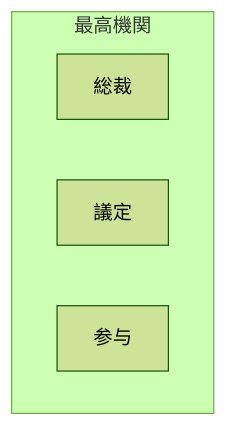
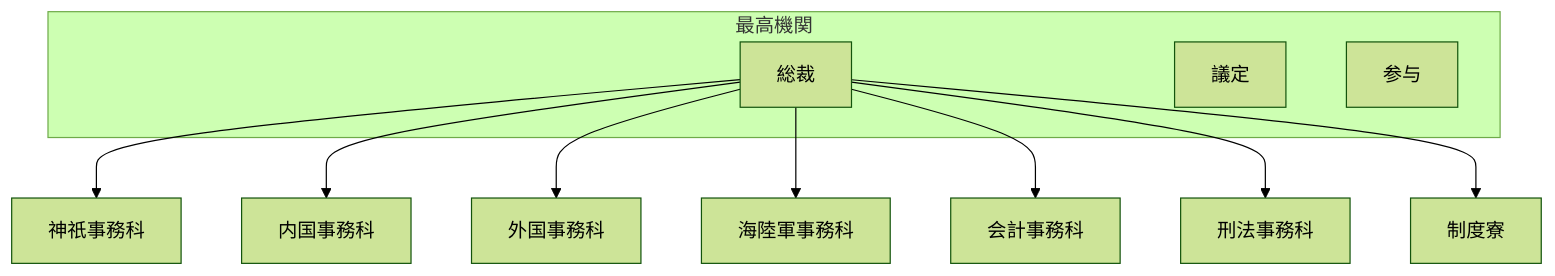
The diagram in README.md (tatemaru/jp-admin-org-chart), drawn with Mermaid (forest theme) before and after one commit. The commit also changed other lines of this file, not shown here.

Commit message:
feat(三職): 三職七科制とする
根拠: 三職分課職制
施行: 1868-02-10（慶応4年1月17日）
出典: JACAR 年表 history1

種別: 再編
備考: Git日付制約のため AuthorDate/CommitDate は 1970-01-02

````diff
--- a/README.md
+++ b/README.md
@@ -9,8 +9,22 @@
 ```mermaid
 flowchart TB
   subgraph top["最高機関"]
     S["総裁"]
     G["議定"]
     P["参与"]
   end
+  Jingi["神祇事務科"]
+  S --> Jingi
+  Naikoku["内国事務科"]
+  S --> Naikoku
+  Gaikoku["外国事務科"]
+  S --> Gaikoku
+  Kai["海陸軍事務科"]
+  S --> Kai
+  Kaikei["会計事務科"]
+  S --> Kaikei
+  Keiho["刑法事務科"]
+  S --> Keiho
+  Seido["制度寮"]
+  S --> Seido
 ```
````
